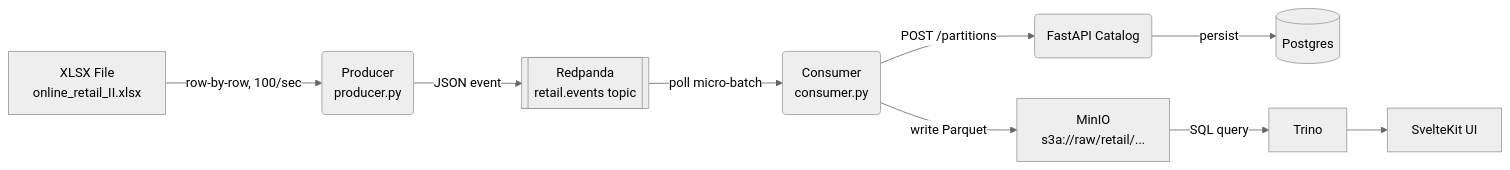
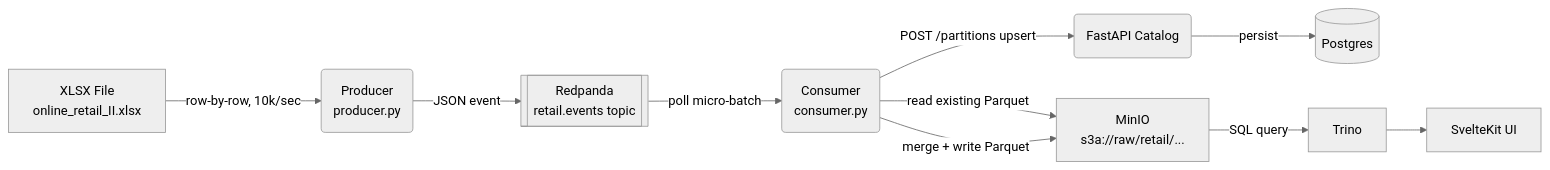
Before and after one commit to iamhwkchn/streamforge: the diagram in docs/streaming_ingestion.md, drawn with Mermaid (neutral theme). The commit also changed other lines of this file and 9 other files, not shown here.

````diff
--- a/docs/streaming_ingestion.md
+++ b/docs/streaming_ingestion.md
@@ -28,11 +29,12 @@
 ```mermaid
 flowchart LR
-    A[XLSX File\nonline_retail_II.xlsx] -->|row-by-row, 100/sec| B(Producer\nproducer.py)
+    A[XLSX File\nonline_retail_II.xlsx] -->|row-by-row, 10k/sec| B(Producer\nproducer.py)
     B -->|JSON event| C[[Redpanda\nretail.events topic]]
     C -->|poll micro-batch| D(Consumer\nconsumer.py)
-    D -->|write Parquet| E[MinIO\ns3a://raw/retail/...]
-    D -->|POST /partitions| F(FastAPI Catalog)
+    D -->|read existing Parquet| E[MinIO\ns3a://raw/retail/...]
+    D -->|merge + write Parquet| E
+    D -->|POST /partitions upsert| F(FastAPI Catalog)
     F -->|persist| G[(Postgres)]
     E -->|SQL query| H[Trino]
     H --> I[SvelteKit UI]
 ```
````
